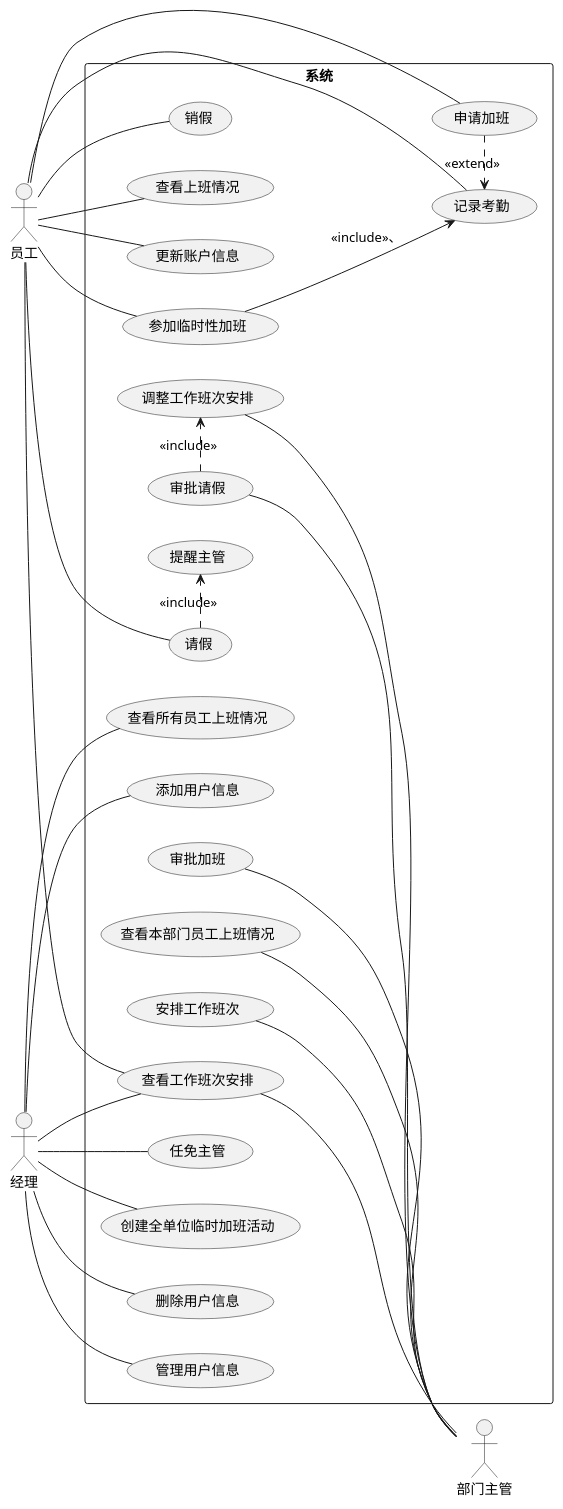
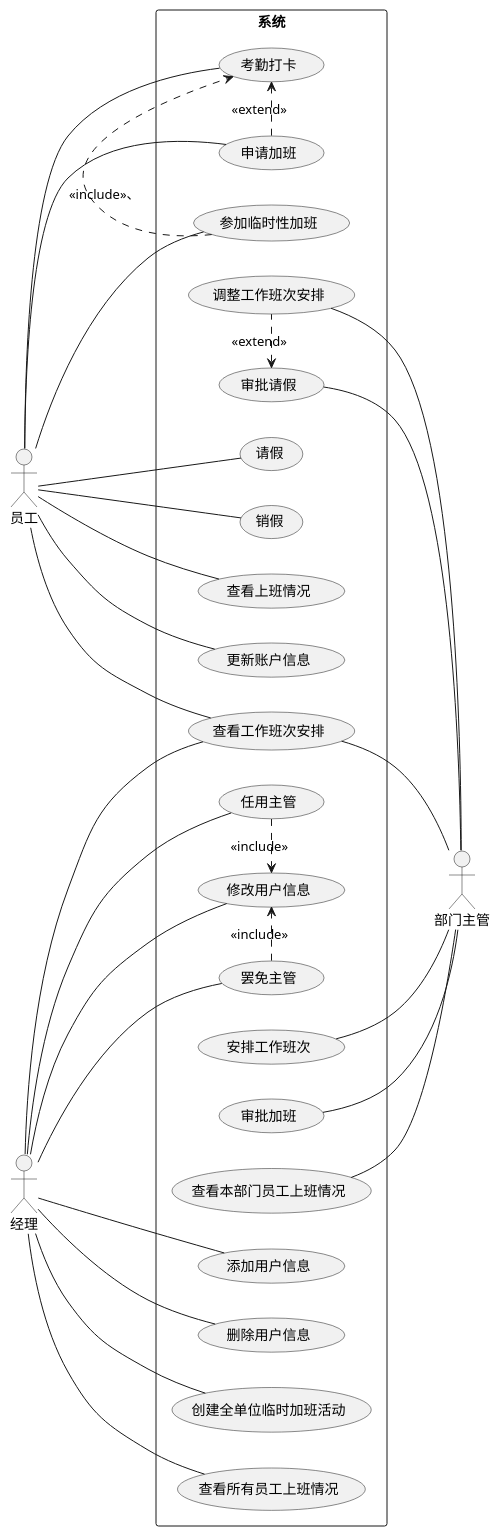
The diagram in usecase_diagram.wsd (szdx4/attsys-docs), drawn with PlantUML before and after one commit.

Commit message:
修改用况图

```diff
--- a/usecase_diagram.wsd
+++ b/usecase_diagram.wsd
@@ -1,44 +1,48 @@
 @startuml
 
 ' 用例图代码
 
 left to right direction
 actor 员工
 actor 经理
 actor 部门主管
 
 rectangle 系统 {
     ' 经理
     经理 -- (添加用户信息)
     经理 -- (删除用户信息)
-    经理 -- (管理用户信息)
-    经理 -- (任免主管)
+    经理 -- (修改用户信息)
+    ' (管理用户信息) <. (添加用户信息) : <<extend>>
+    ' (管理用户信息) <. (删除用户信息) : <<extend>>
+    ' (管理用户信息) <. (修改用户信息) : <<extend>>
+    经理 -- (任用主管) 
+    (任用主管) .> (修改用户信息) : <<include>>
+    经理 -- (罢免主管)
+    (罢免主管) .> (修改用户信息) : <<include>>
     经理 -- (查看工作班次安排)
     经理 -- (创建全单位临时加班活动)
     经理 -- (查看所有员工上班情况)
     
     ' 部门主管
     (安排工作班次) -- 部门主管
     (查看工作班次安排) -- 部门主管
     (调整工作班次安排) -- 部门主管
     (审批请假) -- 部门主管
-    (审批请假) .> (调整工作班次安排) : <<include>>
+    (审批请假) <. (调整工作班次安排) : <<extend>>
     (审批加班) -- 部门主管
     (查看本部门员工上班情况) -- 部门主管
 
     ' 员工
     员工 -- (查看工作班次安排)
     员工 -- (请假)
-    (请假) .> (提醒主管) : <<include>>
     员工 -- (销假)
-    员工 -- (记录考勤)
+    员工 -- (考勤打卡)
     员工 -- (申请加班)
-    (申请加班) .> (记录考勤) : <<extend>>
+    (申请加班) .> (考勤打卡) : <<extend>>
     员工 -- (查看上班情况)
     员工 -- (更新账户信息)
-
     员工 -- (参加临时性加班)
-    (参加临时性加班) --> (记录考勤) : <<include>>、
+    (参加临时性加班) .> (考勤打卡) : <<include>>、
 }
 
 @enduml
```
